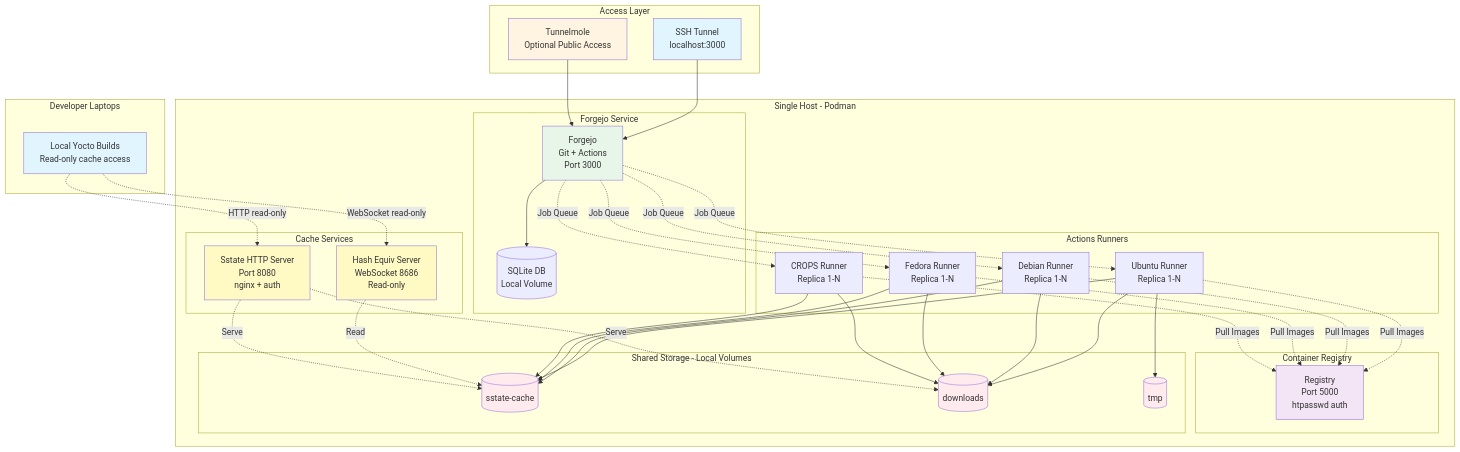
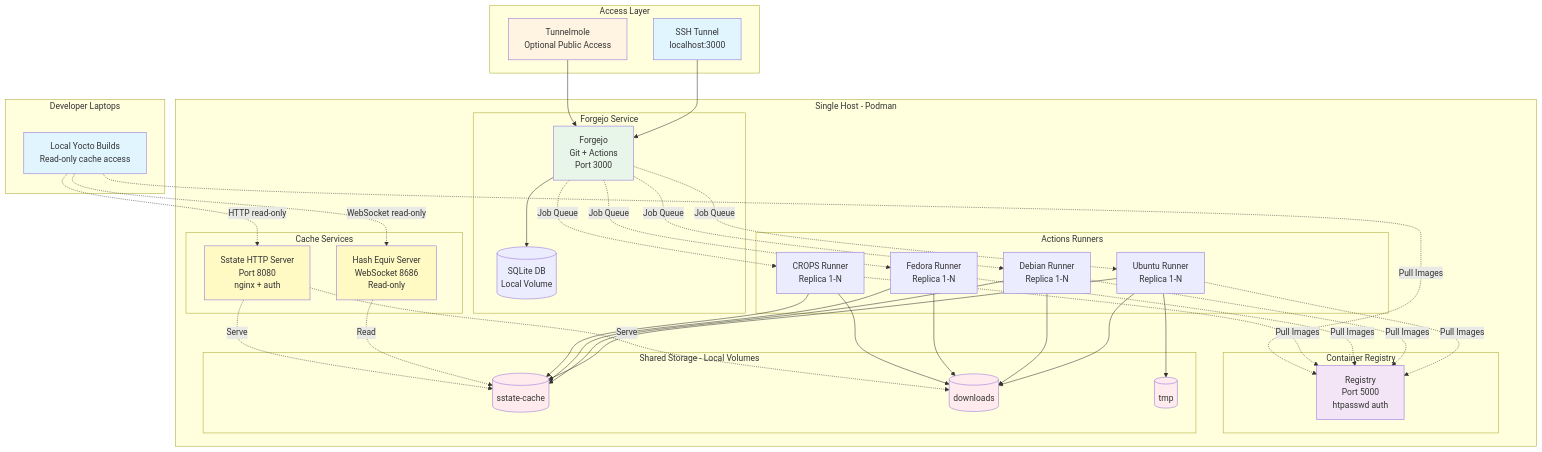
One commit to thomas-roos/yocto-forge-container changed the first of 6 diagrams in README.md. Above: the diagram before and after it, drawn with Mermaid.

Commit message:
Add registry pull from developer laptops in architecture diagram

````diff
--- a/README.md
+++ b/README.md
@@ -328,81 +328,82 @@
 ```mermaid
 graph TB
     subgraph "Access Layer"
         SSH[SSH Tunnel<br/>localhost:3000]
         TM[Tunnelmole<br/>Optional Public Access]
     end
 
     subgraph "Developer Laptops"
         DEV[Local Yocto Builds<br/>Read-only cache access]
     end
 
     subgraph "Single Host - Podman"
         subgraph "Forgejo Service"
             FG[Forgejo<br/>Git + Actions<br/>Port 3000]
             FGDB[(SQLite DB<br/>Local Volume)]
         end
 
         subgraph "Container Registry"
             REG[Registry<br/>Port 5000<br/>htpasswd auth]
         end
 
         subgraph "Actions Runners"
             R1[Ubuntu Runner<br/>Replica 1-N]
             R2[Debian Runner<br/>Replica 1-N]
             R3[Fedora Runner<br/>Replica 1-N]
             R4[CROPS Runner<br/>Replica 1-N]
         end
 
         subgraph "Cache Services"
             HS[Hash Equiv Server<br/>WebSocket 8686<br/>Read-only]
             SS[Sstate HTTP Server<br/>Port 8080<br/>nginx + auth]
         end
 
         subgraph "Shared Storage - Local Volumes"
             SC[(sstate-cache)]
             DL[(downloads)]
             TMP[(tmp)]
         end
     end
 
     SSH --> FG
     TM --> FG
     FG --> FGDB
     FG -.Job Queue.-> R1
     FG -.Job Queue.-> R2
     FG -.Job Queue.-> R3
     FG -.Job Queue.-> R4
 
     R1 --> SC
     R1 --> DL
     R1 --> TMP
     R2 --> SC
     R2 --> DL
     R3 --> SC
     R3 --> DL
     R4 --> SC
     R4 --> DL
 
     R1 -.Pull Images.-> REG
     R2 -.Pull Images.-> REG
     R3 -.Pull Images.-> REG
     R4 -.Pull Images.-> REG
 
     HS -.Read.-> SC
     SS -.Serve.-> SC
     SS -.Serve.-> DL
 
     DEV -.HTTP read-only.-> SS
     DEV -.WebSocket read-only.-> HS
+    DEV -.Pull Images.-> REG
 
     style SSH fill:#e1f5ff
     style TM fill:#fff4e1
     style FG fill:#e8f5e9
     style REG fill:#f3e5f5
     style HS fill:#fff9c4
     style SS fill:#fff9c4
     style SC fill:#ffebee
     style DL fill:#ffebee
     style TMP fill:#ffebee
     style DEV fill:#e1f5ff
 ```
````
